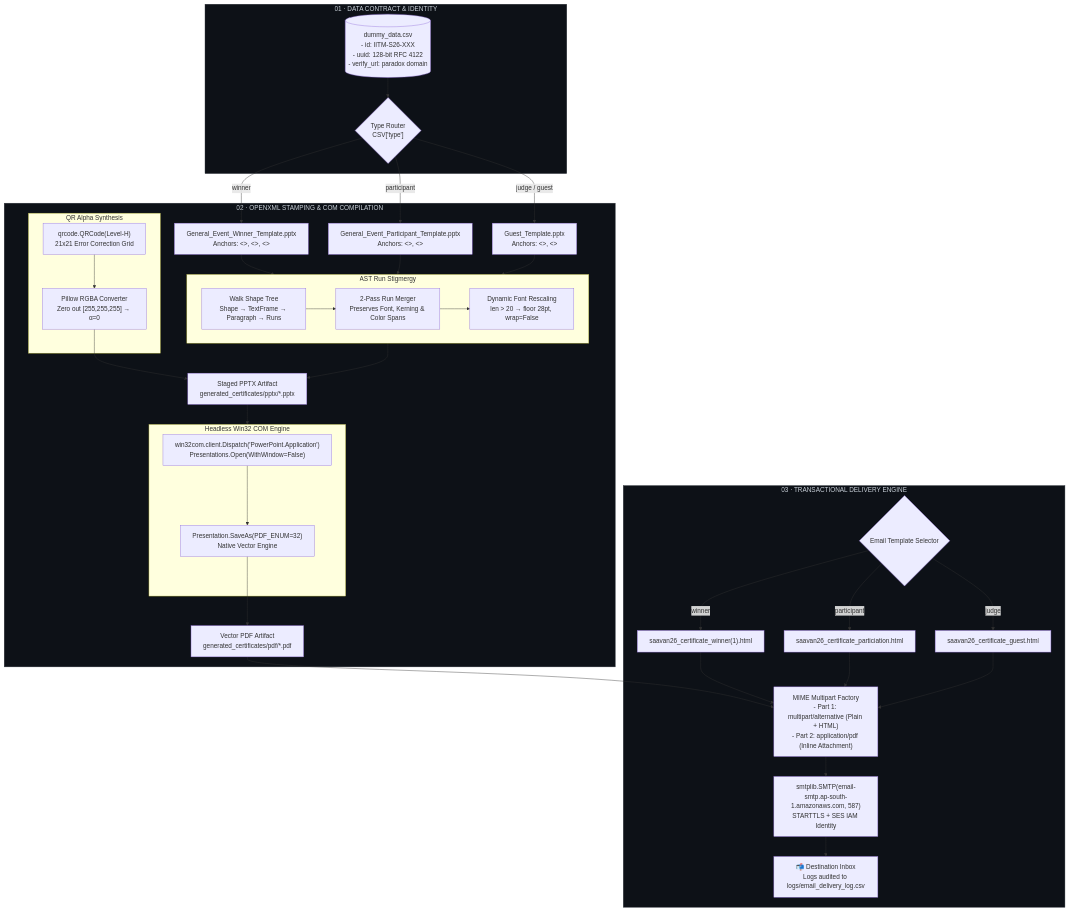
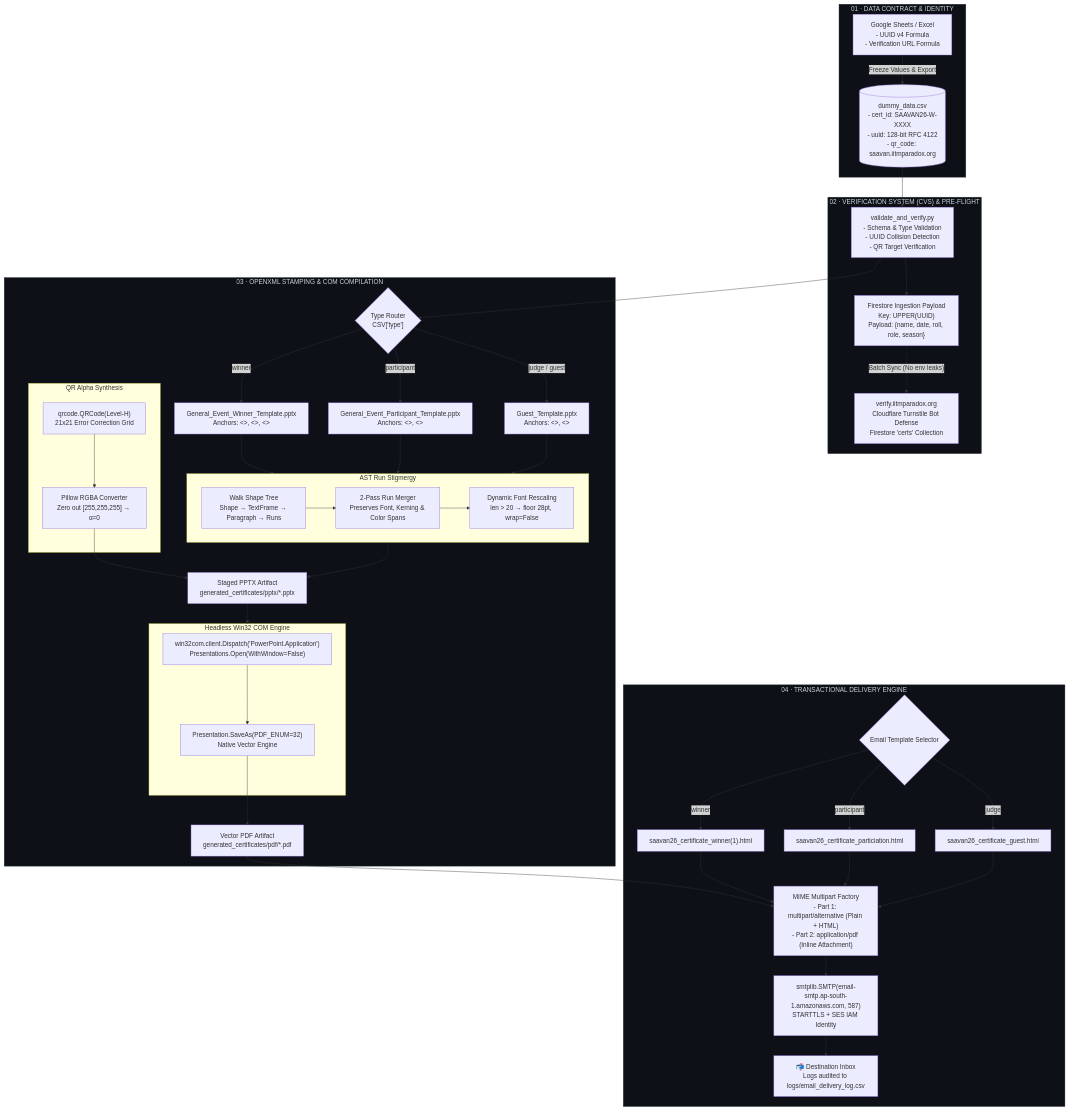
One commit to neurelith/A-360-Cert-Generation-Guide-For-iitm-bs-paradox changed the diagram in README.md. Above: the diagram before and after it, drawn with Mermaid. The commit also changed other lines of this file and 8 other files, not shown here.

Commit message:
feat: certificate verification and validation pipeline

````diff
--- a/README.md
+++ b/README.md
@@ -51,55 +56,66 @@
 ```mermaid
 flowchart TD
     subgraph DATA[" 01 · DATA CONTRACT & IDENTITY "]
-        CSV[("dummy_data.csv\n- id: IITM-S26-XXX\n- uuid: 128-bit RFC 4122\n- verify_url: paradox domain")]
-        ROUTER{"Type Router\nCSV['type']"}
-        CSV --> ROUTER
+        EXCEL["Google Sheets / Excel\n- UUID v4 Formula\n- Verification URL Formula"]
+        CSV[("dummy_data.csv\n- cert_id: SAAVAN26-W-XXXX\n- uuid: 128-bit RFC 4122\n- qr_code: saavan.iitmparadox.org")]
+        EXCEL -->|"Freeze Values & Export"| CSV
     end
 
-    subgraph ENGINE[" 02 · OPENXML STAMPING & COM COMPILATION "]
+    subgraph CVS[" 02 · VERIFICATION SYSTEM (CVS) & PRE-FLIGHT "]
+        VAL["validate_and_verify.py\n- Schema & Type Validation\n- UUID Collision Detection\n- QR Target Verification"]
+        PAYLOAD["Firestore Ingestion Payload\nKey: UPPER(UUID)\nPayload: {name, date, roll, role, season}"]
+        PORTAL["verify.iitmparadox.org\nCloudflare Turnstile Bot Defense\nFirestore 'certs' Collection"]
+        
+        CSV --> VAL --> PAYLOAD -.->|"Batch Sync (No env leaks)"| PORTAL
+    end
+
+    subgraph ENGINE[" 03 · OPENXML STAMPING & COM COMPILATION "]
+        ROUTER{"Type Router\nCSV['type']"}
+        VAL --> ROUTER
+        
         ROUTER -->|"winner"| T_WIN["General_Event_Winner_Template.pptx\nAnchors: <<name>>, <<position>>, <<event_name>>"]
         ROUTER -->|"participant"| T_PAR["General_Event_Participant_Template.pptx\nAnchors: <<name>>, <<event_name>>"]
         ROUTER -->|"judge / guest"| T_GST["Guest_Template.pptx\nAnchors: <<name>>, <<event_name>>"]
 
         subgraph AST["AST Run Stigmergy"]
             RUN["Walk Shape Tree\nShape → TextFrame → Paragraph → Runs"]
             REGEX["2-Pass Run Merger\nPreserves Font, Kerning & Color Spans"]
             AUTOFIT["Dynamic Font Rescaling\nlen > 20 → floor 28pt, wrap=False"]
             RUN --> REGEX --> AUTOFIT
         end
 
         T_WIN & T_PAR & T_GST --> AST
 
         subgraph QR["QR Alpha Synthesis"]
             QRM["qrcode.QRCode(Level-H)\n21x21 Error Correction Grid"]
             PIL["Pillow RGBA Converter\nZero out [255,255,255] → α=0"]
             QRM --> PIL
         end
 
         AST & PIL --> PPTX_OUT["Staged PPTX Artifact\ngenerated_certificates/pptx/*.pptx"]
 
         subgraph COM["Headless Win32 COM Engine"]
             WIN32["win32com.client.Dispatch('PowerPoint.Application')\nPresentations.Open(WithWindow=False)"]
             PDF_SAVE["Presentation.SaveAs(PDF_ENUM=32)\nNative Vector Engine"]
             WIN32 --> PDF_SAVE
         end
 
         PPTX_OUT --> COM
         PDF_SAVE --> PDF_OUT["Vector PDF Artifact\ngenerated_certificates/pdf/*.pdf"]
     end
 
-    subgraph SES[" 03 · TRANSACTIONAL DELIVERY ENGINE "]
+    subgraph SES[" 04 · TRANSACTIONAL DELIVERY ENGINE "]
         PDF_OUT --> MIME_BUILDER["MIME Multipart Factory\n- Part 1: multipart/alternative (Plain + HTML)\n- Part 2: application/pdf (Inline Attachment)"]
         HTML_PICKER{"Email Template Selector"}
         HTML_PICKER -->|"winner"| H_WIN["saavan26_certificate_winner(1).html"]
         HTML_PICKER -->|"participant"| H_PAR["saavan26_certificate_particiation.html"]
         HTML_PICKER -->|"judge"| H_GST["saavan26_certificate_guest.html"]
         H_WIN & H_PAR & H_GST --> MIME_BUILDER
         
         MIME_BUILDER --> TLS["smtplib.SMTP(email-smtp.ap-south-1.amazonaws.com, 587)\nSTARTTLS + SES IAM Identity"]
         TLS --> DISPATCH["📬 Destination Inbox\nLogs audited to logs/email_delivery_log.csv"]
     end
 
     classDef stage fill:#0d1117,stroke:#30363d,stroke-width:1px,color:#c9d1d9;
-    class DATA,ENGINE,SES stage;
+    class DATA,CVS,ENGINE,SES stage;
 ```
````
